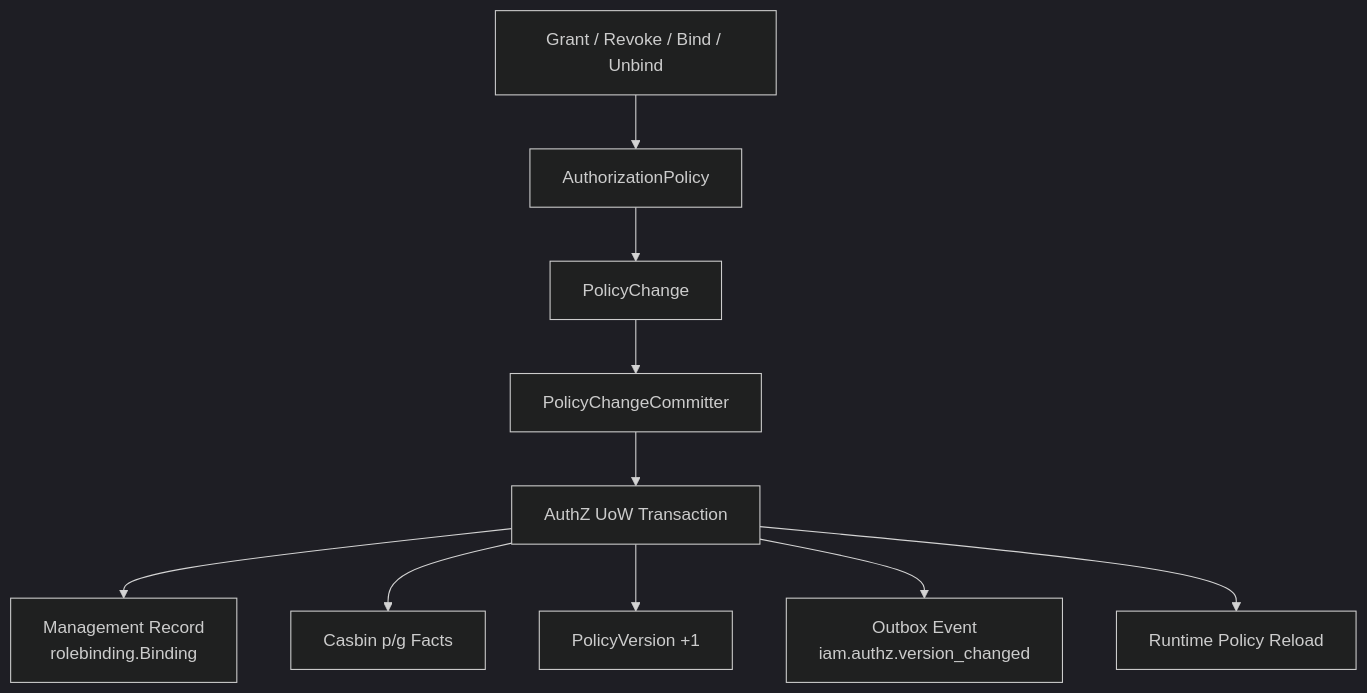
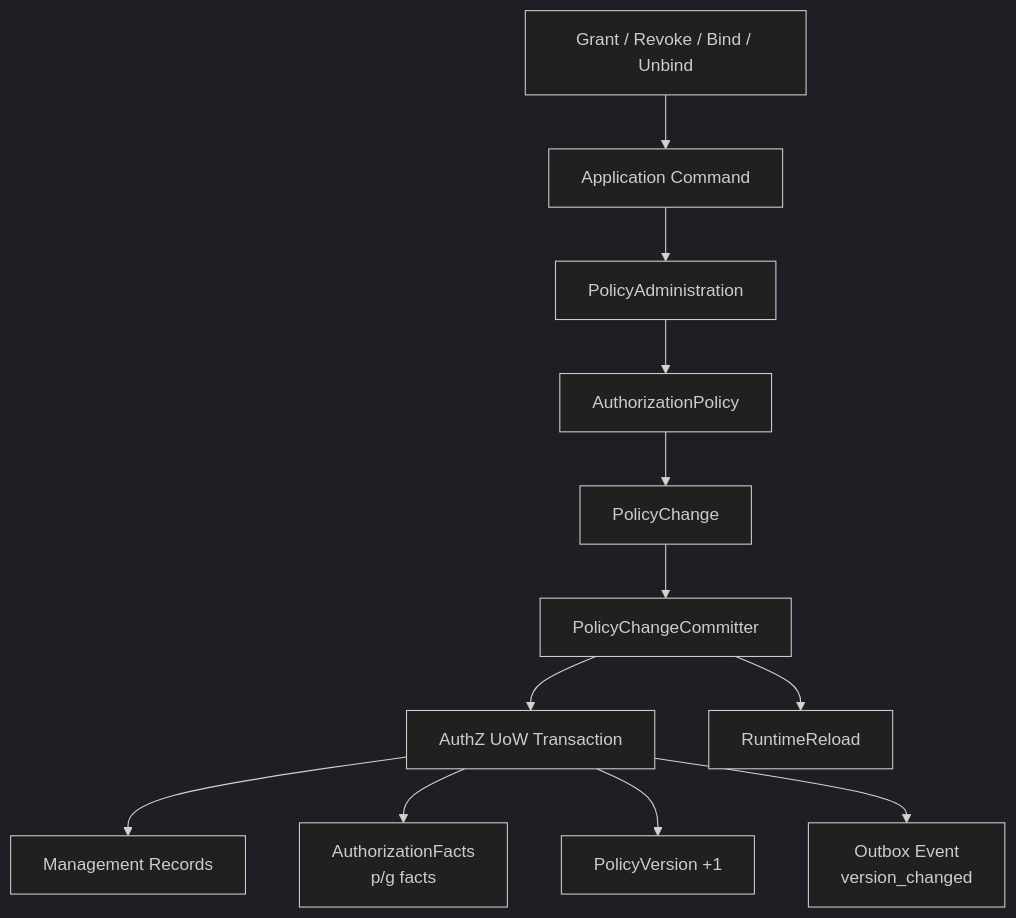
The fourth of 5 diagrams in docs/03-授权AuthZ/README.md (FangcunMount/iam), drawn with Mermaid (dark theme) before and after one commit. The commit also changed other lines of this file and 14 other files, not shown here.

````diff
--- a/docs/03-授权AuthZ/README.md
+++ b/docs/03-授权AuthZ/README.md
@@ -299,20 +458,22 @@
 ```mermaid
 flowchart TD
     Command["Grant / Revoke / Bind / Unbind"]
-    Policy["AuthorizationPolicy"]
+    AppCommand["Application Command"]
+    Admin["PolicyAdministration"]
+    DomainPolicy["AuthorizationPolicy"]
     Change["PolicyChange"]
     Committer["PolicyChangeCommitter"]
     UOW["AuthZ UoW Transaction"]
-    Mgmt["Management Record<br/>rolebinding.Binding"]
-    Facts["Casbin p/g Facts"]
+    Mgmt["Management Records"]
+    Facts["AuthorizationFacts<br/>p/g facts"]
     Version["PolicyVersion +1"]
-    Event["Outbox Event<br/>iam.authz.version_changed"]
-    Reload["Runtime Policy Reload"]
+    Event["Outbox Event<br/>version_changed"]
+    Reload["RuntimeReload"]
 
-    Command --> Policy --> Change --> Committer --> UOW
+    Command --> AppCommand --> Admin --> DomainPolicy --> Change --> Committer --> UOW
     UOW --> Mgmt
     UOW --> Facts
     UOW --> Version
     UOW --> Event
-    UOW --> Reload
+    Committer --> Reload
 ```
````
